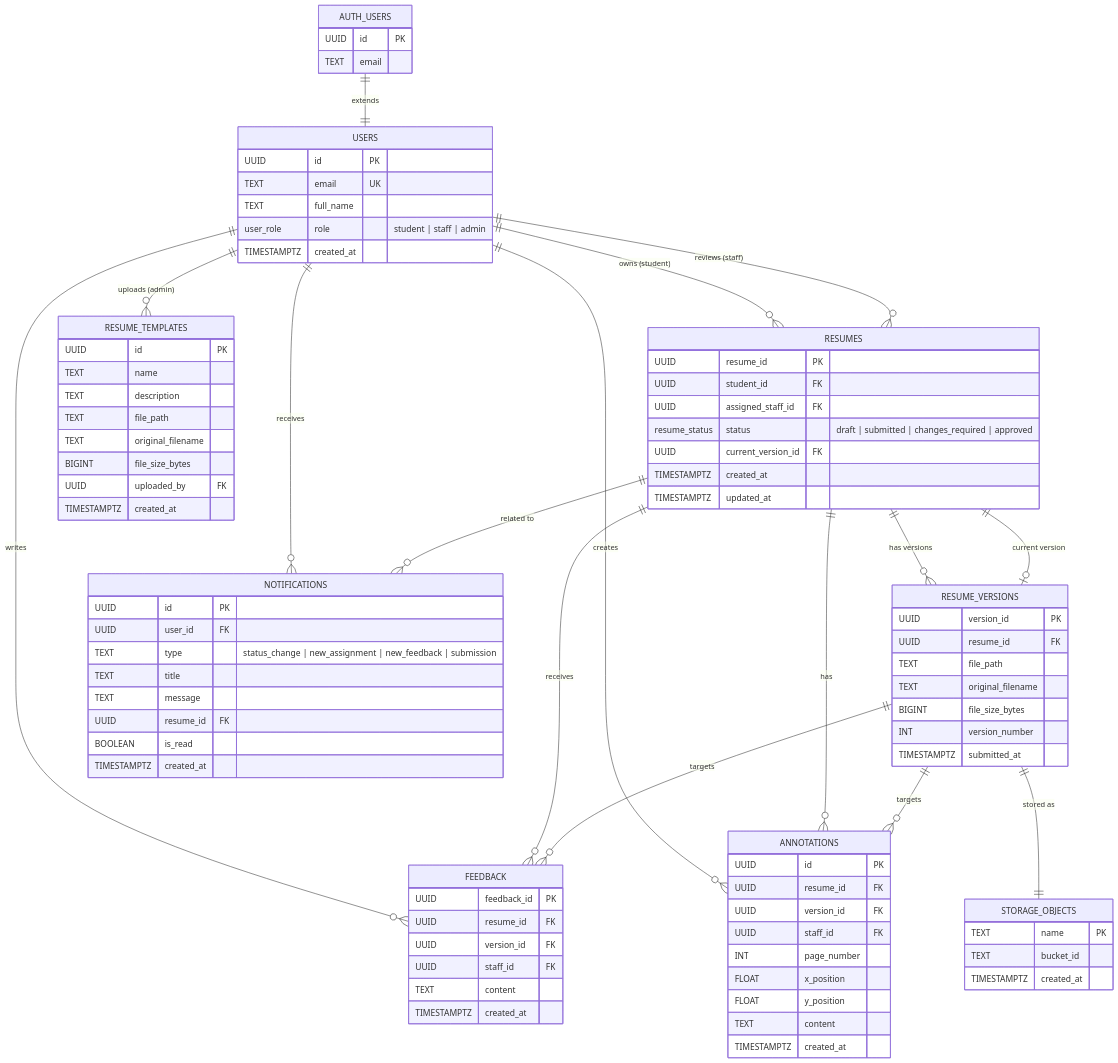
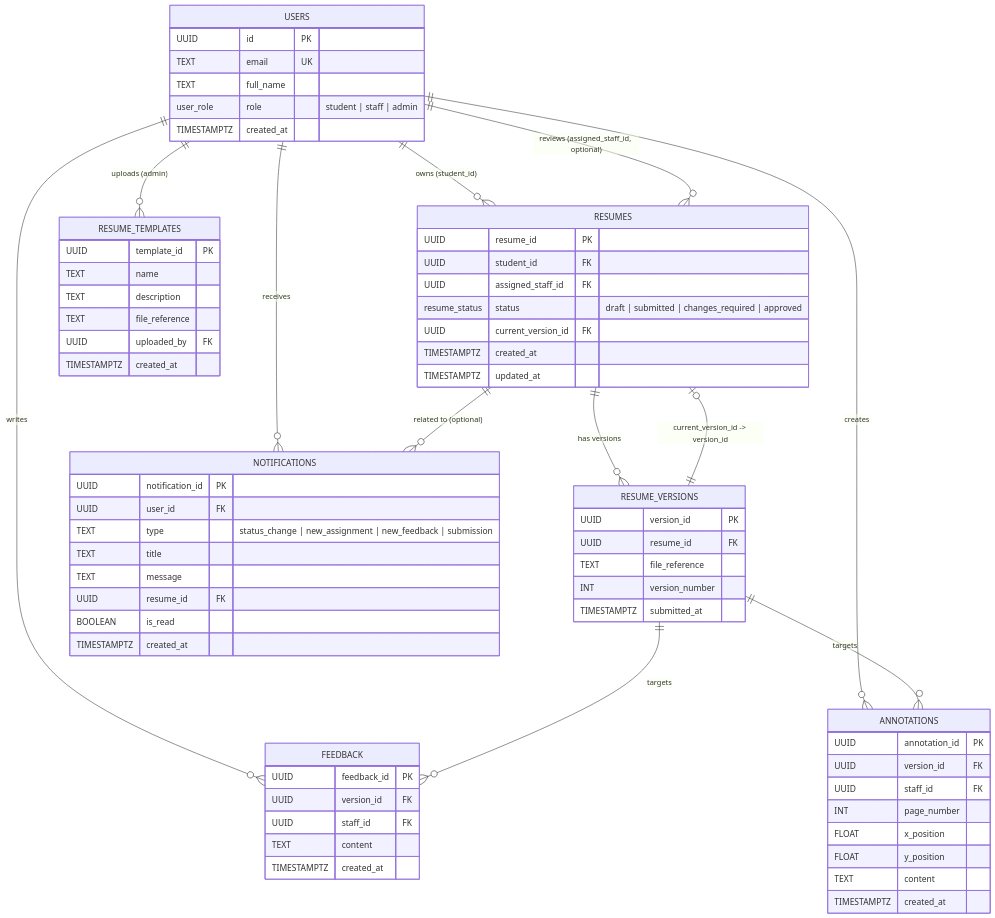
The fifth of 5 diagrams in docs/uml_diagrams.md (DjibrilMashariki/MyCareer), drawn with Mermaid before and after one commit. The commit also changed other lines of this file, not shown here.

First line of the commit message:
Refine UML docs with conceptual ER, use-case cleanup, and focused sequences

````diff
--- a/docs/uml_diagrams.md
+++ b/docs/uml_diagrams.md
@@ -97,16 +165,13 @@
     RESUME_VERSIONS {
         UUID version_id PK
         UUID resume_id FK
-        TEXT file_path
-        TEXT original_filename
-        BIGINT file_size_bytes
+        TEXT file_reference
         INT version_number
         TIMESTAMPTZ submitted_at
     }
 
     FEEDBACK {
         UUID feedback_id PK
-        UUID resume_id FK
         UUID version_id FK
         UUID staff_id FK
         TEXT content
@@ -114,8 +179,7 @@
     }
 
     ANNOTATIONS {
-        UUID id PK
-        UUID resume_id FK
+        UUID annotation_id PK
         UUID version_id FK
         UUID staff_id FK
         INT page_number
@@ -126,7 +190,7 @@
     }
 
     NOTIFICATIONS {
-        UUID id PK
+        UUID notification_id PK
         UUID user_id FK
         TEXT type "status_change | new_assignment | new_feedback | submission"
         TEXT title
@@ -137,42 +201,25 @@
     }
 
     RESUME_TEMPLATES {
-        UUID id PK
+        UUID template_id PK
         TEXT name
         TEXT description
-        TEXT file_path
-        TEXT original_filename
-        BIGINT file_size_bytes
+        TEXT file_reference
         UUID uploaded_by FK
         TIMESTAMPTZ created_at
     }
 
-    STORAGE_OBJECTS {
-        TEXT name PK
-        TEXT bucket_id
-        TIMESTAMPTZ created_at
-    }
-
-    AUTH_USERS {
-        UUID id PK
-        TEXT email
-    }
-
-    AUTH_USERS ||--|| USERS : "extends"
-    USERS ||--o{ RESUMES : "owns (student)"
-    USERS ||--o{ RESUMES : "reviews (staff)"
+    USERS ||--o{ RESUMES : "owns (student_id)"
+    USERS ||--o{ RESUMES : "reviews (assigned_staff_id, optional)"
     USERS ||--o{ FEEDBACK : "writes"
     USERS ||--o{ ANNOTATIONS : "creates"
     USERS ||--o{ NOTIFICATIONS : "receives"
     USERS ||--o{ RESUME_TEMPLATES : "uploads (admin)"
 
     RESUMES ||--o{ RESUME_VERSIONS : "has versions"
-    RESUMES ||--o| RESUME_VERSIONS : "current version"
-    RESUMES ||--o{ FEEDBACK : "receives"
-    RESUMES ||--o{ ANNOTATIONS : "has"
-    RESUMES ||--o{ NOTIFICATIONS : "related to"
+    RESUMES o|--|| RESUME_VERSIONS : "current_version_id -> version_id"
+    RESUMES ||--o{ NOTIFICATIONS : "related to (optional)"
 
     RESUME_VERSIONS ||--o{ FEEDBACK : "targets"
     RESUME_VERSIONS ||--o{ ANNOTATIONS : "targets"
-    RESUME_VERSIONS ||--|| STORAGE_OBJECTS : "stored as"
 ```
````
